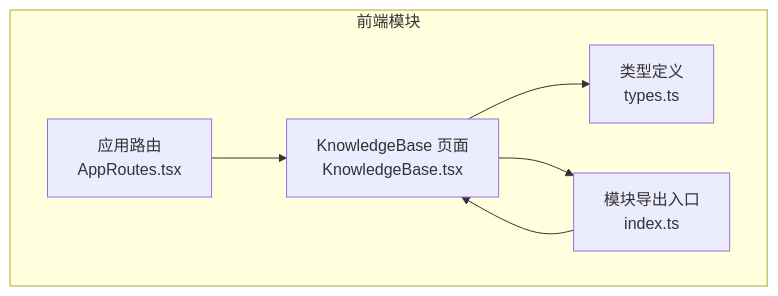
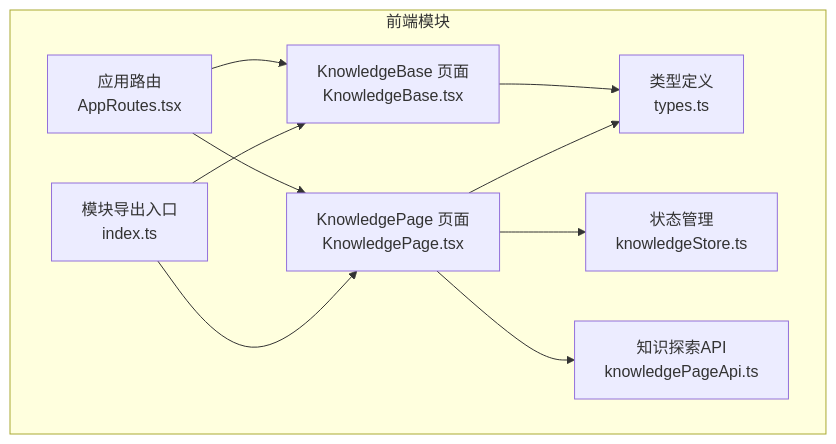
One commit to inier/ontology-graphiti changed the first of 5 diagrams in .qoder/repowiki/zh/content/前端架构/业务模块前端实现/Knowledge模块.md. Above: the diagram before and after it, drawn with Mermaid. The commit also changed other lines of this file and 64 other files, not shown here.

````diff
--- a/.qoder/repowiki/zh/content/前端架构/业务模块前端实现/Knowledge模块.md
+++ b/.qoder/repowiki/zh/content/前端架构/业务模块前端实现/Knowledge模块.md
@@ -37,13 +52,20 @@
 ```mermaid
 graph TB
 subgraph "前端模块"
 KB["KnowledgeBase 页面<br/>KnowledgeBase.tsx"]
+KP["KnowledgePage 页面<br/>KnowledgePage.tsx"]
 Types["类型定义<br/>types.ts"]
+API["知识探索API<br/>knowledgePageApi.ts"]
+Store["状态管理<br/>knowledgeStore.ts"]
 Index["模块导出入口<br/>index.ts"]
 Routes["应用路由<br/>AppRoutes.tsx"]
 end
 Routes --> KB
+Routes --> KP
 KB --> Types
-KB --> Index
+KP --> Store
+KP --> API
+KP --> Types
 Index --> KB
+Index --> KP
 ```
````
